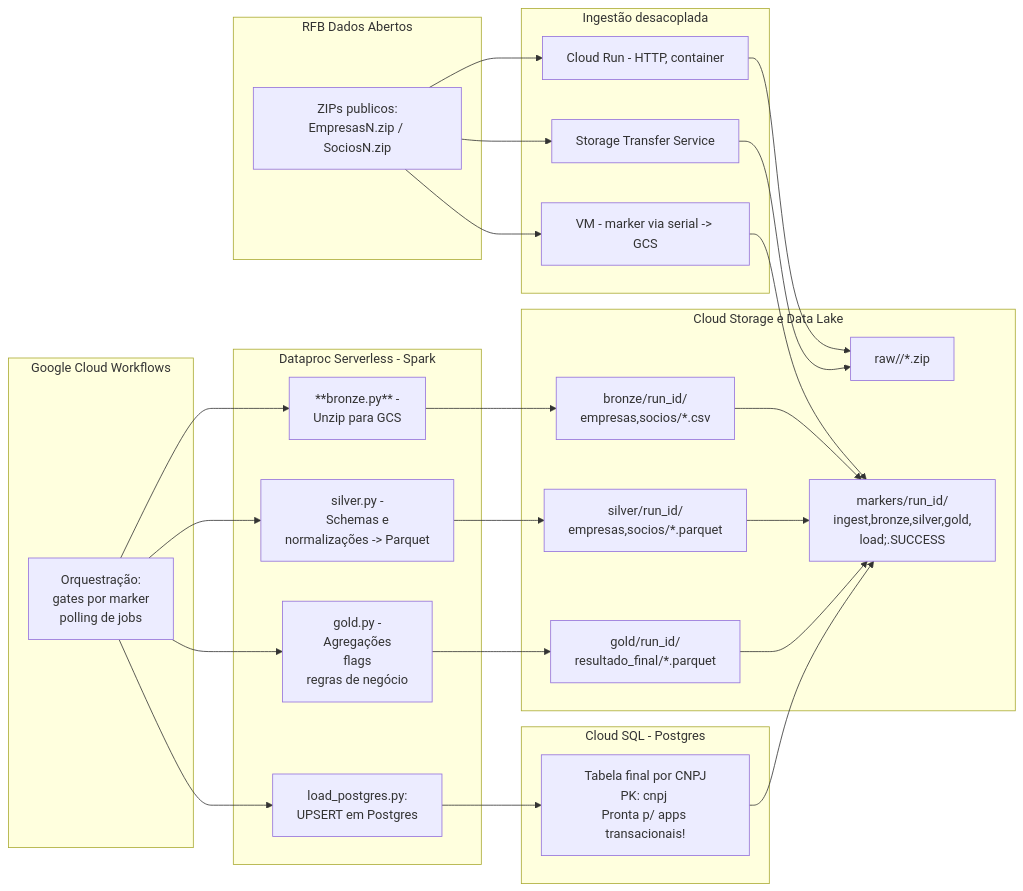
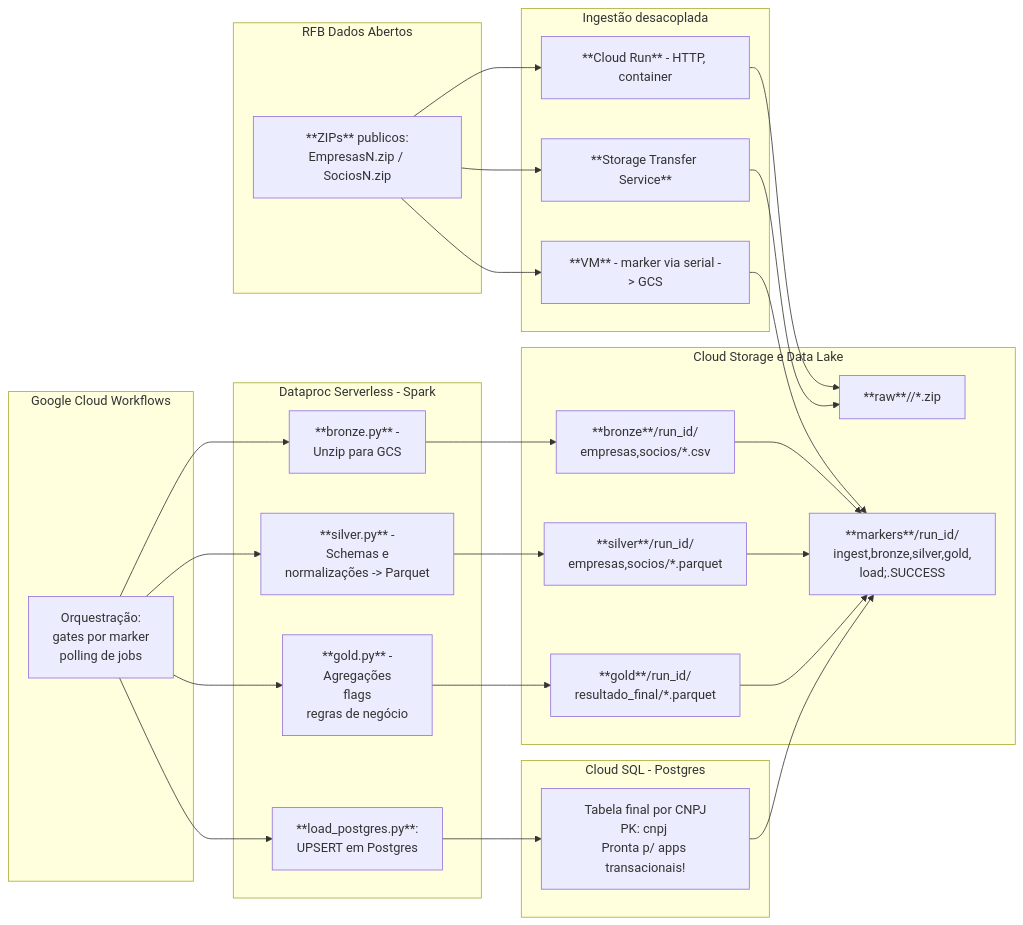
Before and after one commit to jaquerando/case_stone: the diagram in README.md, drawn with Mermaid.

````diff
--- a/README.md
+++ b/README.md
@@ -48,54 +48,54 @@
 ```mermaid
 flowchart LR
 
   %% === SOURCES ===
   subgraph SRC["RFB Dados Abertos"]
-    s1["ZIPs publicos:<br/>EmpresasN.zip / SociosN.zip"]
+    s1["**ZIPs** publicos:<br/>EmpresasN.zip / SociosN.zip"]
   end
 
   %% === INGEST ===
   subgraph ING["Ingestão desacoplada"]
-    A["Cloud Run - HTTP, container"]
-    B["Storage Transfer Service"]
-    C["VM - marker via serial -> GCS"]
+    A["**Cloud Run** - HTTP, container"]
+    B["**Storage Transfer Service**"]
+    C["**VM** - marker via serial -> GCS"]
   end
 
   %% === STORAGE ===
   subgraph GCS["Cloud Storage e Data Lake"]
-    raw["raw/<run_id>/*.zip"]
-    brz["bronze/run_id/<br/>empresas,socios/*.csv"]
-    slv["silver/run_id/<br/>empresas,socios/*.parquet"]
-    gld["gold/run_id/<br/>resultado_final/*.parquet"]
-    mrk["markers/run_id/<br/>ingest,bronze,silver,gold, <br/>load;.SUCCESS"]
+    raw["**raw**/<run_id>/*.zip"]
+    brz["**bronze**/run_id/<br/>empresas,socios/*.csv"]
+    slv["**silver**/run_id/<br/>empresas,socios/*.parquet"]
+    gld["**gold**/run_id/<br/>resultado_final/*.parquet"]
+    mrk["**markers**/run_id/<br/>ingest,bronze,silver,gold, <br/>load;.SUCCESS"]
   end
 
   %% === WORKFLOWS ===
   subgraph WF["Google Cloud Workflows"]
     wf1["Orquestração: <br/>gates por marker <br/> polling de jobs"]
   end
 
   %% === SPARK ===
   subgraph DP["Dataproc Serverless - Spark"]
     p1["**bronze.py** - <br/>Unzip para GCS"]
-    p2["silver.py - <br/>Schemas e<br/>normalizações -> Parquet"]
-    p3["gold.py - <br/>Agregações<br/>flags<br/>regras de negócio"]
-    p4["load_postgres.py: <br/>UPSERT em Postgres"]
+    p2["**silver.py** - <br/>Schemas e<br/>normalizações -> Parquet"]
+    p3["**gold.py** - <br/>Agregações<br/>flags<br/>regras de negócio"]
+    p4["**load_postgres.py**: <br/>UPSERT em Postgres"]
   end
 
   %% === DB ===
   subgraph SQL["Cloud SQL - Postgres "]
     tbl["Tabela final por CNPJ<br/>PK: cnpj <br/>Pronta p/ apps transacionais!"]
   end
 
   %% === FLOWS ===
   s1 --> A & B & C
 
   A --> raw
   B --> raw
   C --> mrk
 
   wf1 --> p1 --> brz --> mrk
   wf1 --> p2 --> slv --> mrk
   wf1 --> p3 --> gld --> mrk
   wf1 --> p4 --> tbl --> mrk
 ```
````
